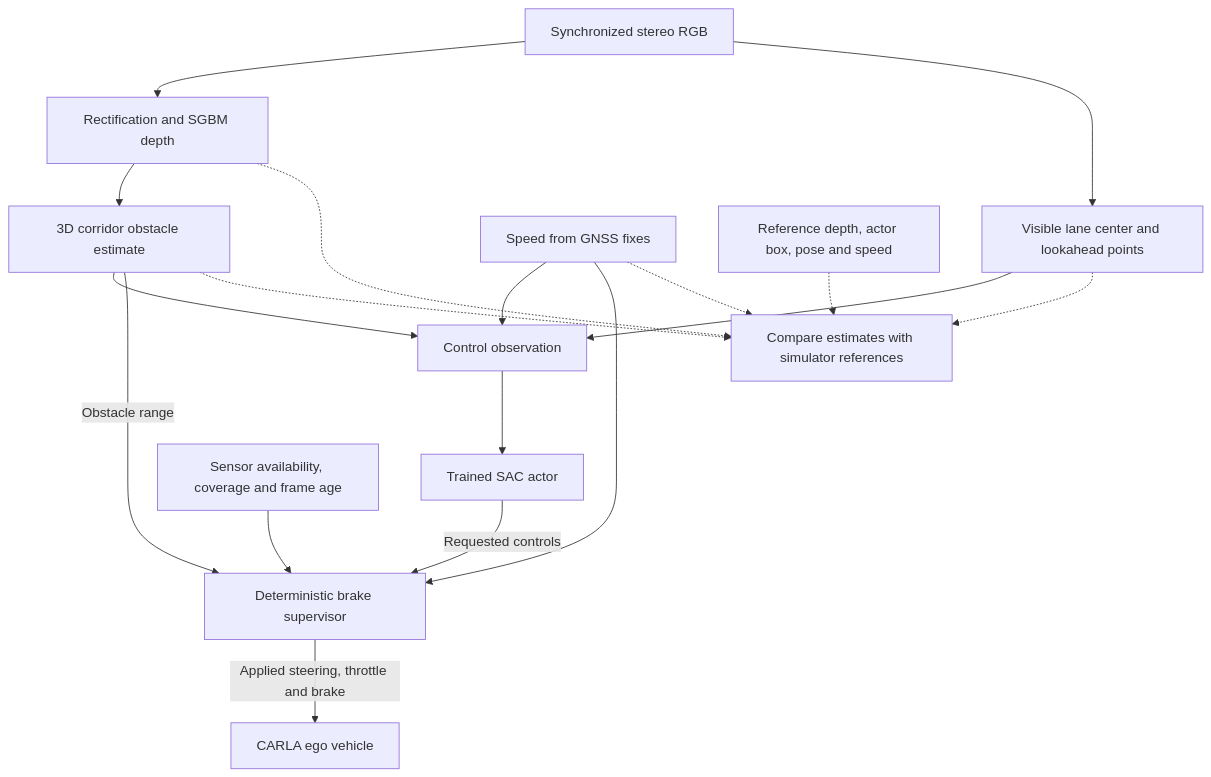
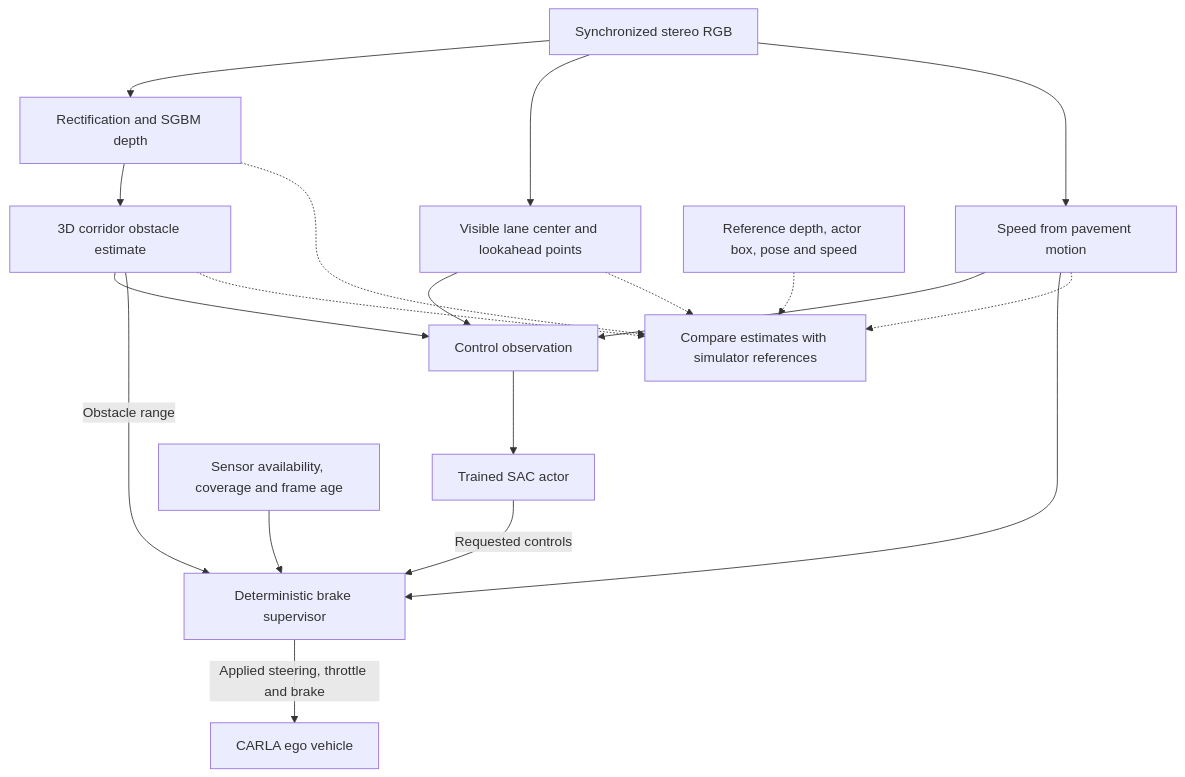
The third of 3 diagrams in README.md (Nandhini1github/RL-SAC-Driving-Geometric-Vision), drawn with Mermaid before and after one commit. The commit also changed other lines of this file and 80 other files, not shown here.

````diff
--- a/README.md
+++ b/README.md
@@ -111,20 +121,21 @@
 ```mermaid
 flowchart TD
     RGB[Synchronized stereo RGB] --> Depth[Rectification and SGBM depth]
     Depth --> Range[3D corridor obstacle estimate]
     Range --> Obs[Control observation]
     RGB --> Lane[Visible lane center and lookahead points]
     Lane --> Obs
-    GNSS[Speed from GNSS fixes] --> Obs
+    RGB --> Motion[Speed from pavement motion]
+    Motion --> Obs
     Obs --> Actor[Trained SAC actor]
     Actor -->|Requested controls| Brake[Deterministic brake supervisor]
     Range -->|Obstacle range| Brake
     Checks[Sensor availability, coverage and frame age] --> Brake
-    GNSS --> Brake
+    Motion --> Brake
     Brake -->|Applied steering, throttle and brake| Ego[CARLA ego vehicle]
     Depth -.-> Eval[Compare estimates with simulator references]
     Range -.-> Eval
     GT[Reference depth, actor box, pose and speed] -.-> Eval
     Lane -.-> Eval
-    GNSS -.-> Eval
+    Motion -.-> Eval
 ```
````
